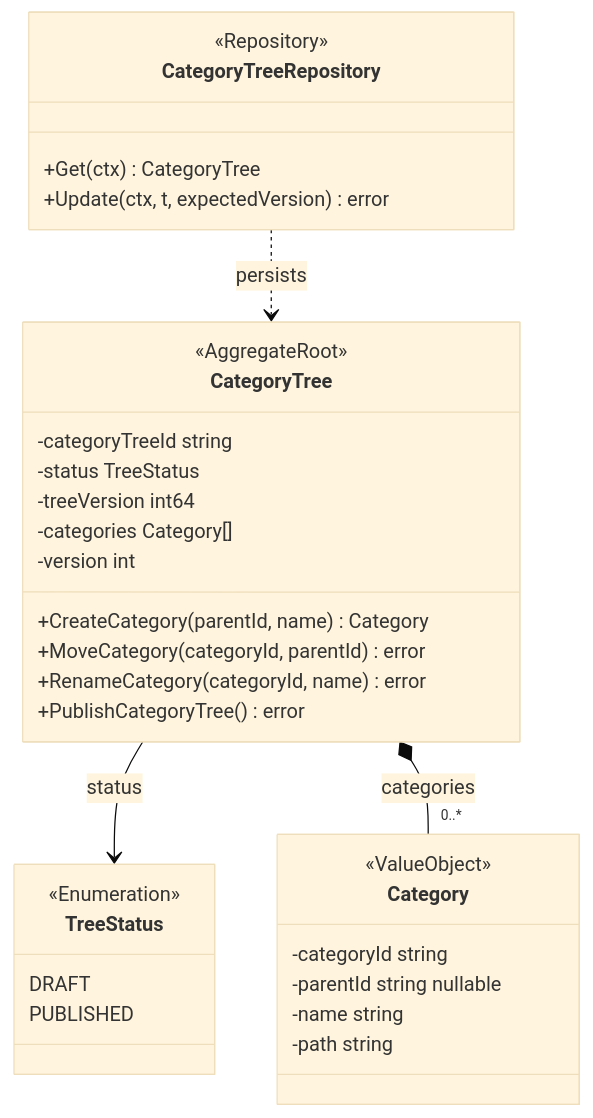
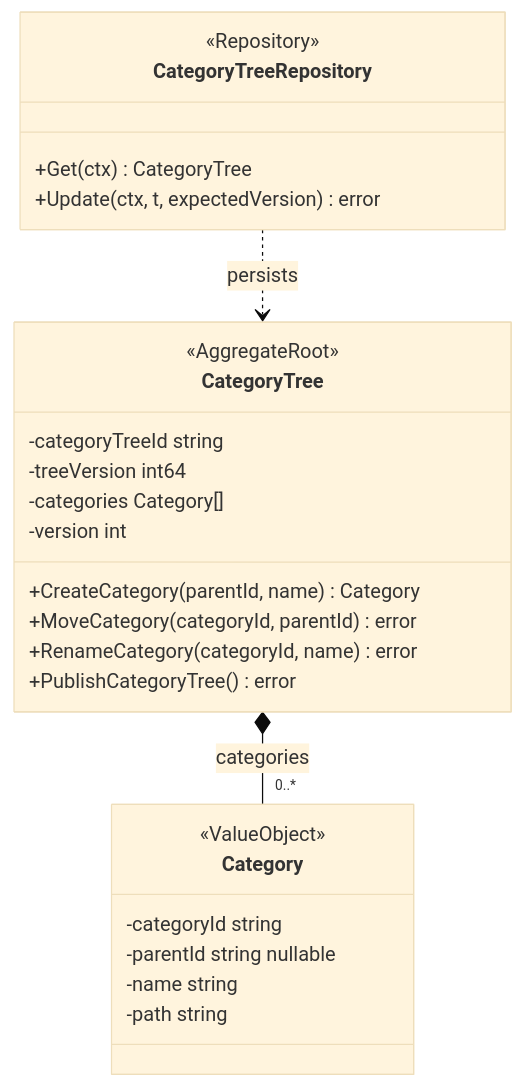
One commit to IQVO/warehouse-docs changed the second of 5 diagrams in storefront/docs/contexts/product-content/class-diagram.md. Above: the diagram before and after it, drawn with Mermaid (base theme). The commit also changed other lines of this file and 16 other files, not shown here.

````diff
--- a/storefront/docs/contexts/product-content/class-diagram.md
+++ b/storefront/docs/contexts/product-content/class-diagram.md
@@ -93,36 +107,29 @@
 ```mermaid
 classDiagram
     direction TB
     class CategoryTree {
         <<AggregateRoot>>
         -categoryTreeId string
-        -status TreeStatus
         -treeVersion int64
         -categories Category[]
         -version int
         +CreateCategory(parentId, name) Category
         +MoveCategory(categoryId, parentId) error
         +RenameCategory(categoryId, name) error
         +PublishCategoryTree() error
-    }
-    class TreeStatus {
-        <<Enumeration>>
-        DRAFT
-        PUBLISHED
     }
     class Category {
         <<ValueObject>>
         -categoryId string
         -parentId string nullable
         -name string
         -path string
     }
     class CategoryTreeRepository {
         <<Repository>>
         +Get(ctx) CategoryTree
         +Update(ctx, t, expectedVersion) error
     }
-    CategoryTree --> TreeStatus : status
     CategoryTree *-- "0..*" Category : categories
     CategoryTreeRepository ..> CategoryTree : persists
 ```
````
